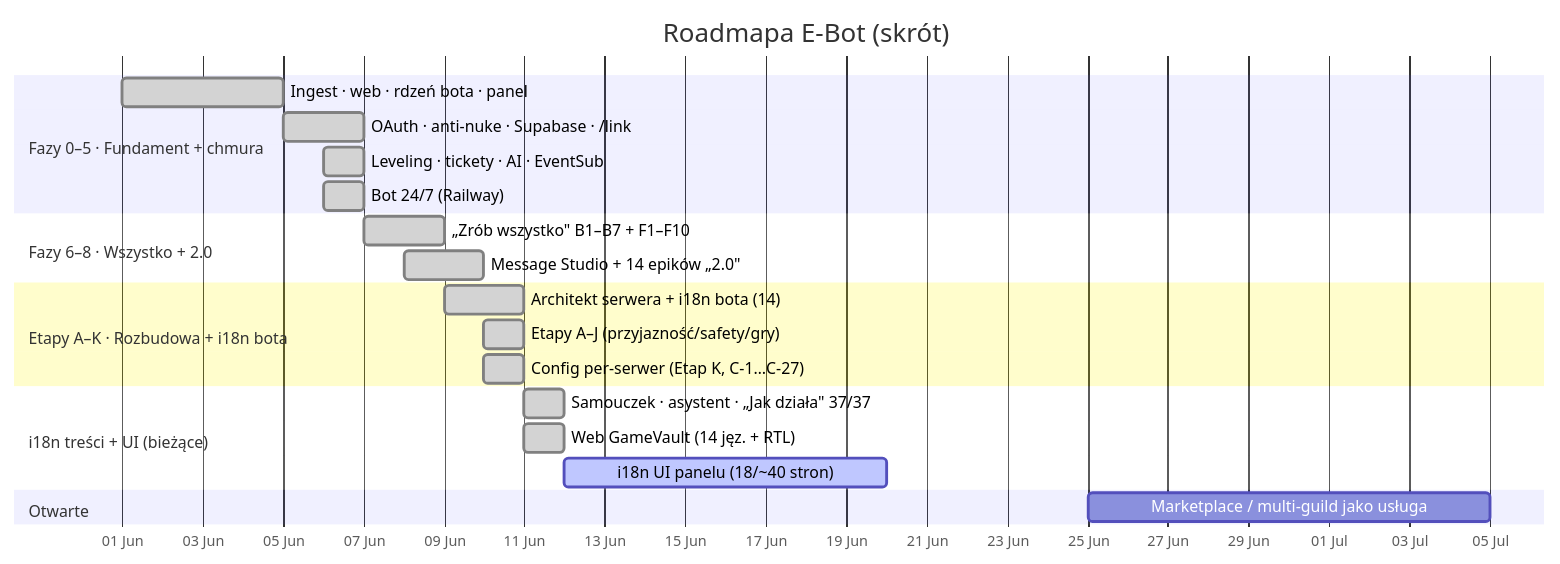
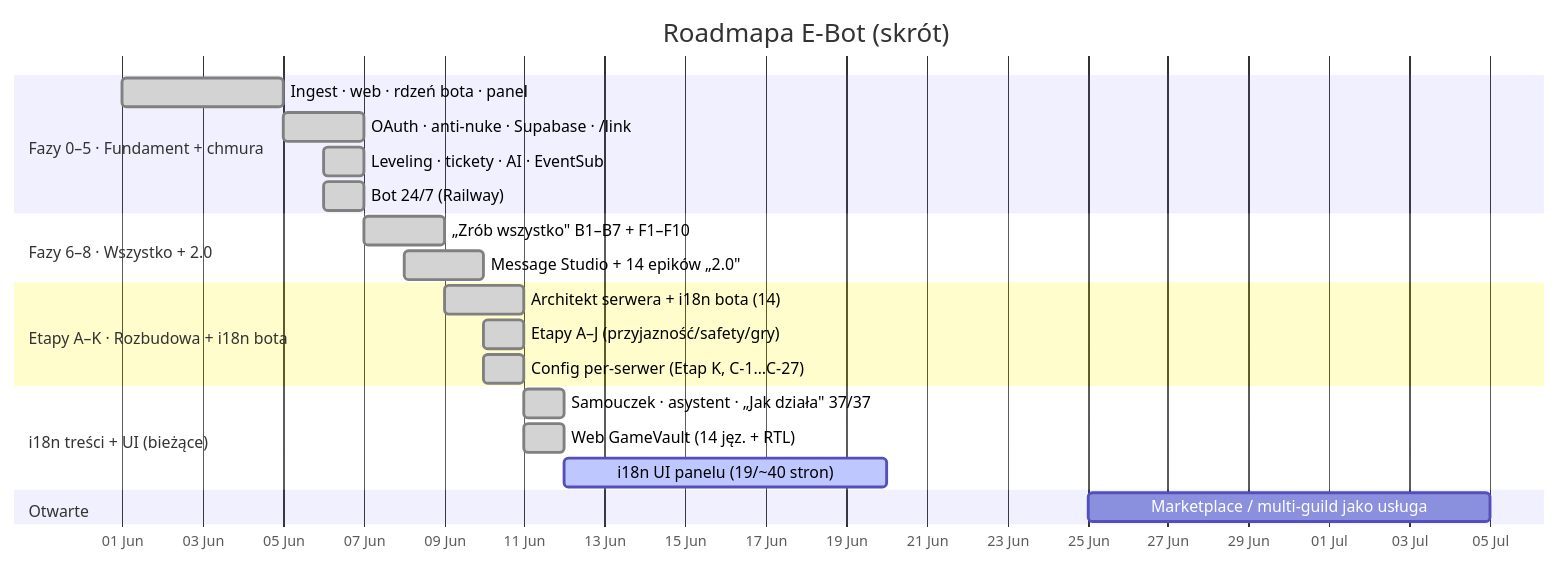
Before and after one commit to Gh0s777tt/E-Bot: the first of 2 diagrams in docs/ROADMAP.md, drawn with Mermaid. The commit also changed other lines of this file and 6 other files, not shown here.

````diff
--- a/docs/ROADMAP.md
+++ b/docs/ROADMAP.md
@@ -23,24 +23,24 @@
 ```mermaid
 gantt
   title Roadmapa E-Bot (skrót)
   dateFormat YYYY-MM-DD
   axisFormat %d %b
   section Fazy 0–5 · Fundament + chmura
   Ingest · web · rdzeń bota · panel    :done, f0, 2026-06-01, 4d
   OAuth · anti-nuke · Supabase · /link :done, f1, 2026-06-05, 2d
   Leveling · tickety · AI · EventSub   :done, f4, 2026-06-06, 1d
   Bot 24/7 (Railway)                   :done, f5, 2026-06-06, 1d
   section Fazy 6–8 · Wszystko + 2.0
   „Zrób wszystko" B1–B7 + F1–F10       :done, f7, 2026-06-07, 2d
   Message Studio + 14 epików „2.0"     :done, f8, 2026-06-08, 2d
   section Etapy A–K · Rozbudowa + i18n bota
   Architekt serwera + i18n bota (14)   :done, ek1, 2026-06-09, 2d
   Etapy A–J (przyjazność/safety/gry)   :done, ek2, 2026-06-10, 1d
   Config per-serwer (Etap K, C-1…C-27) :done, ek3, 2026-06-10, 1d
   section i18n treści + UI (bieżące)
   Samouczek · asystent · „Jak działa" 37/37 :done, i1, 2026-06-11, 1d
   Web GameVault (14 jęz. + RTL)        :done, i2, 2026-06-11, 1d
-  i18n UI panelu (18/~40 stron)        :active, i3, 2026-06-12, 8d
+  i18n UI panelu (19/~40 stron)        :active, i3, 2026-06-12, 8d
   section Otwarte
   Marketplace / multi-guild jako usługa :        mk, 2026-06-25, 10d
 ```
````
